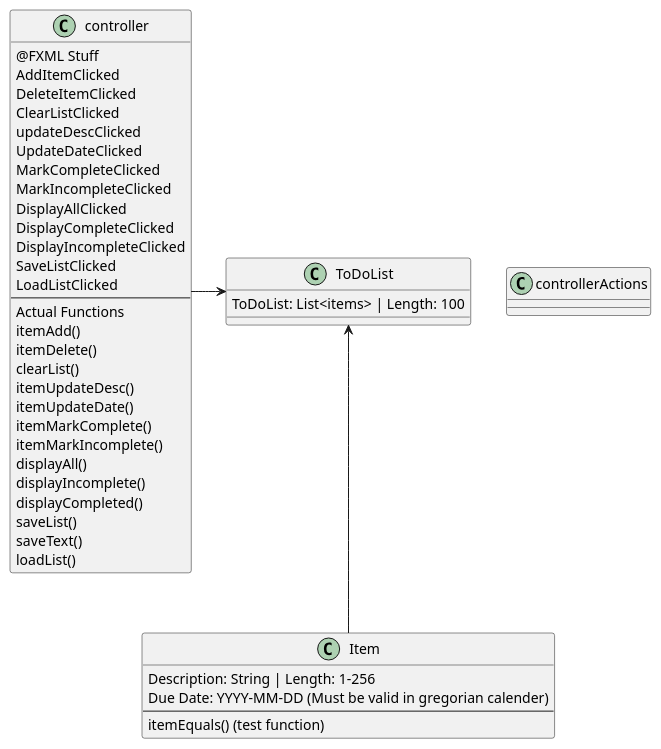
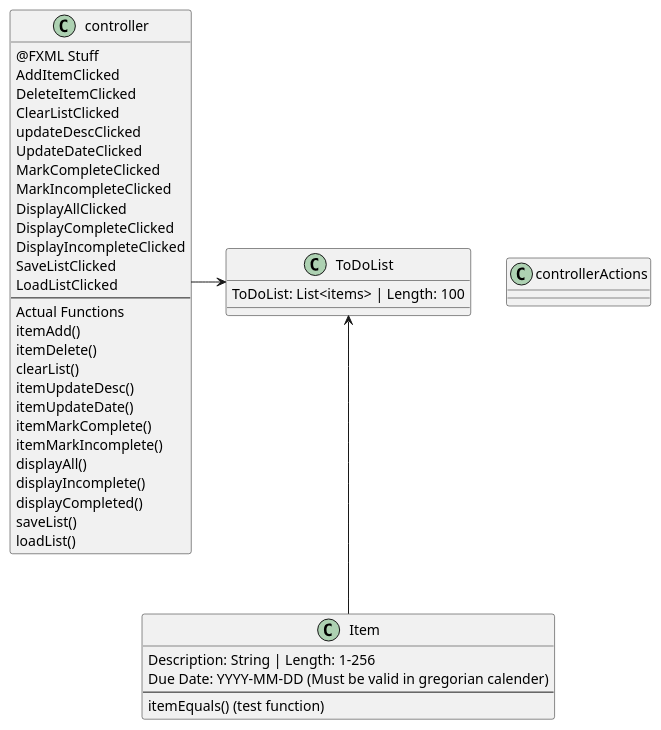
One commit to apatheticzekrom/Giang-cop3330-assignment4part2 changed the diagram in uml/classdiagram.puml. Above: the diagram before and after it, drawn with PlantUML. The commit also changed 2 other files, not shown here.

```diff
--- a/uml/classdiagram.puml
+++ b/uml/classdiagram.puml
@@ -1,52 +1,51 @@
 @startuml
 'https://plantuml.com/class-diagram
 
 class ToDoList {
 ToDoList: List<items> | Length: 100
 }
 
 class Item {
 Description: String | Length: 1-256
 Due Date: YYYY-MM-DD (Must be valid in gregorian calender)
 ----
 itemEquals() (test function)
 }
 
 controller -> ToDoList
 ToDoList <-- Item
 
 class controller {
 @FXML Stuff
 AddItemClicked
 DeleteItemClicked
 ClearListClicked
 updateDescClicked
 UpdateDateClicked
 MarkCompleteClicked
 MarkIncompleteClicked
 DisplayAllClicked
 DisplayCompleteClicked
 DisplayIncompleteClicked
 SaveListClicked
 LoadListClicked
 ----
 Actual Functions
 itemAdd()
 itemDelete()
 clearList()
 itemUpdateDesc()
 itemUpdateDate()
 itemMarkComplete()
 itemMarkIncomplete()
 displayAll()
 displayIncomplete()
 displayCompleted()
 saveList()
-saveText()
 loadList()
 }
 
 class controllerActions {
 }
 
 @enduml
```
